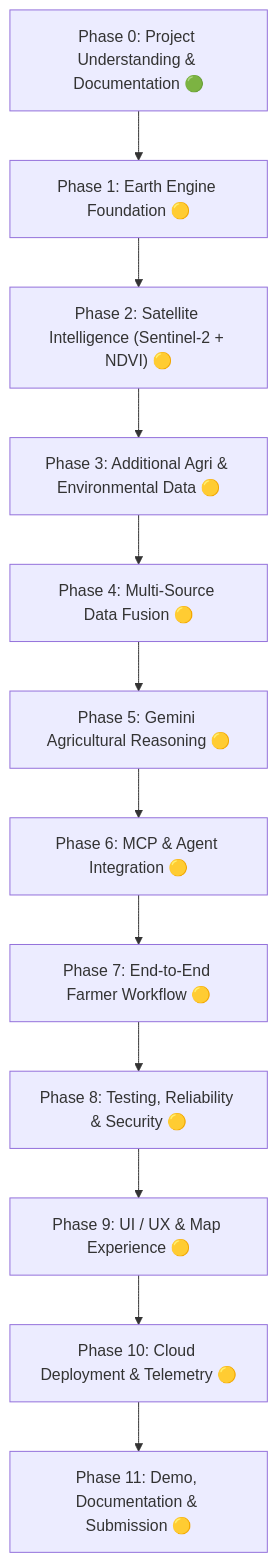
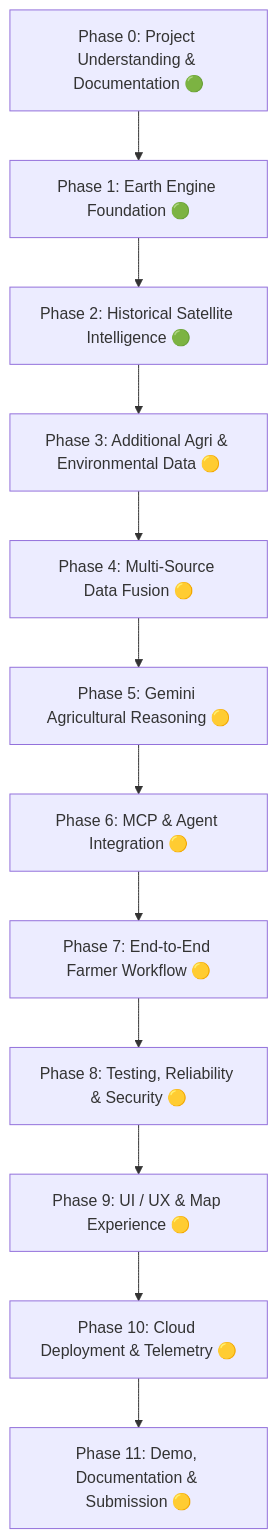
The diagram in docs/MASTER_ROADMAP.md (Kushagra-Dixit-0906/bharatsahayak-v2), drawn with Mermaid before and after one commit. The commit also changed other lines of this file and 4 other files, not shown here.

Commit message:
docs: seal Phase 2 historical satellite intelligence

````diff
--- a/docs/MASTER_ROADMAP.md
+++ b/docs/MASTER_ROADMAP.md
@@ -21,14 +21,14 @@
 ```mermaid
 graph TD
-    P0["Phase 0: Project Understanding & Documentation 🟢"] --> P1["Phase 1: Earth Engine Foundation 🟡"]
-    P1 --> P2["Phase 2: Satellite Intelligence (Sentinel-2 + NDVI) 🟡"]
+    P0["Phase 0: Project Understanding & Documentation 🟢"] --> P1["Phase 1: Earth Engine Foundation 🟢"]
+    P1 --> P2["Phase 2: Historical Satellite Intelligence 🟢"]
     P2 --> P3["Phase 3: Additional Agri & Environmental Data 🟡"]
     P3 --> P4["Phase 4: Multi-Source Data Fusion 🟡"]
     P4 --> P5["Phase 5: Gemini Agricultural Reasoning 🟡"]
     P5 --> P6["Phase 6: MCP & Agent Integration 🟡"]
     P6 --> P7["Phase 7: End-to-End Farmer Workflow 🟡"]
     P7 --> P8["Phase 8: Testing, Reliability & Security 🟡"]
     P8 --> P9["Phase 9: UI / UX & Map Experience 🟡"]
     P9 --> P10["Phase 10: Cloud Deployment & Telemetry 🟡"]
     P10 --> P11["Phase 11: Demo, Documentation & Submission 🟡"]
 ```
````
